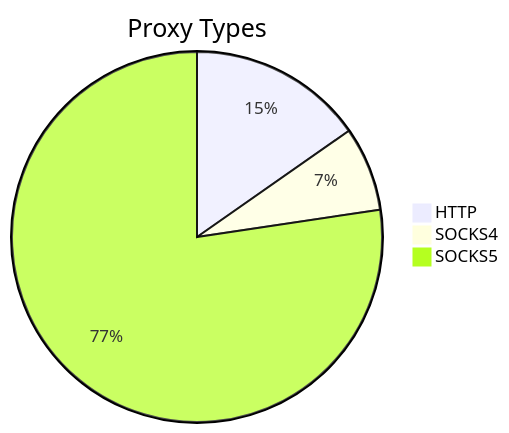
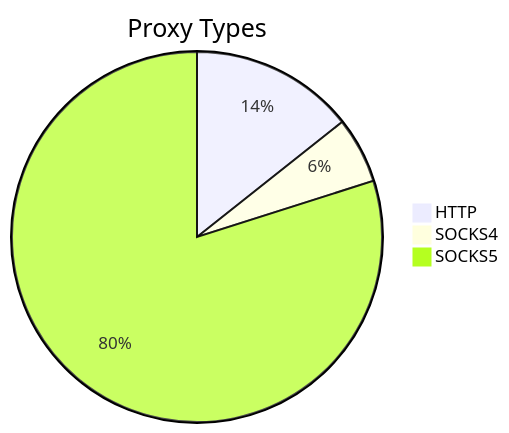
Before and after one commit to stormsia/proxy-list: the first of 2 diagrams in README.md, drawn with Mermaid. The commit also changed other lines of this file, not shown here.

````diff
--- a/README.md
+++ b/README.md
@@ -21,6 +21,6 @@
 ```mermaid
 pie title Proxy Types
-    "HTTP" : 133
-    "SOCKS4" : 64
-    "SOCKS5" : 673
+    "HTTP" : 92
+    "SOCKS4" : 37
+    "SOCKS5" : 513
 ```
````
